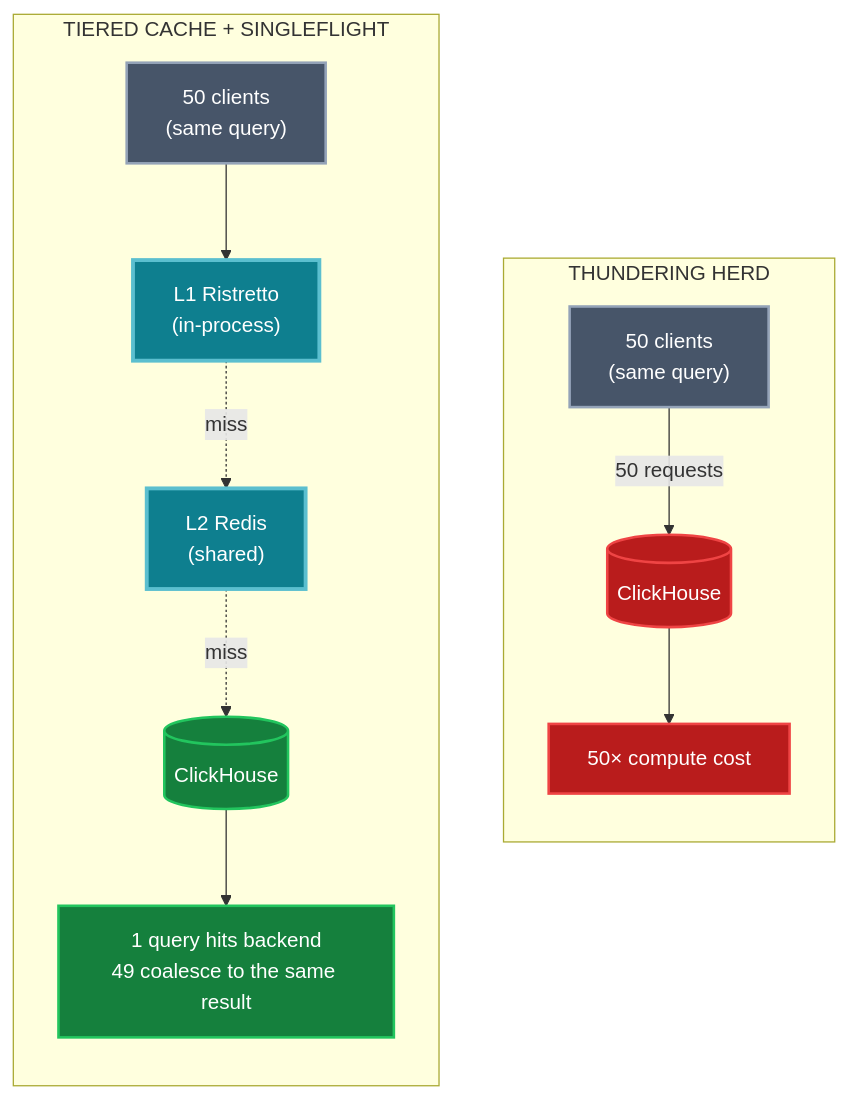
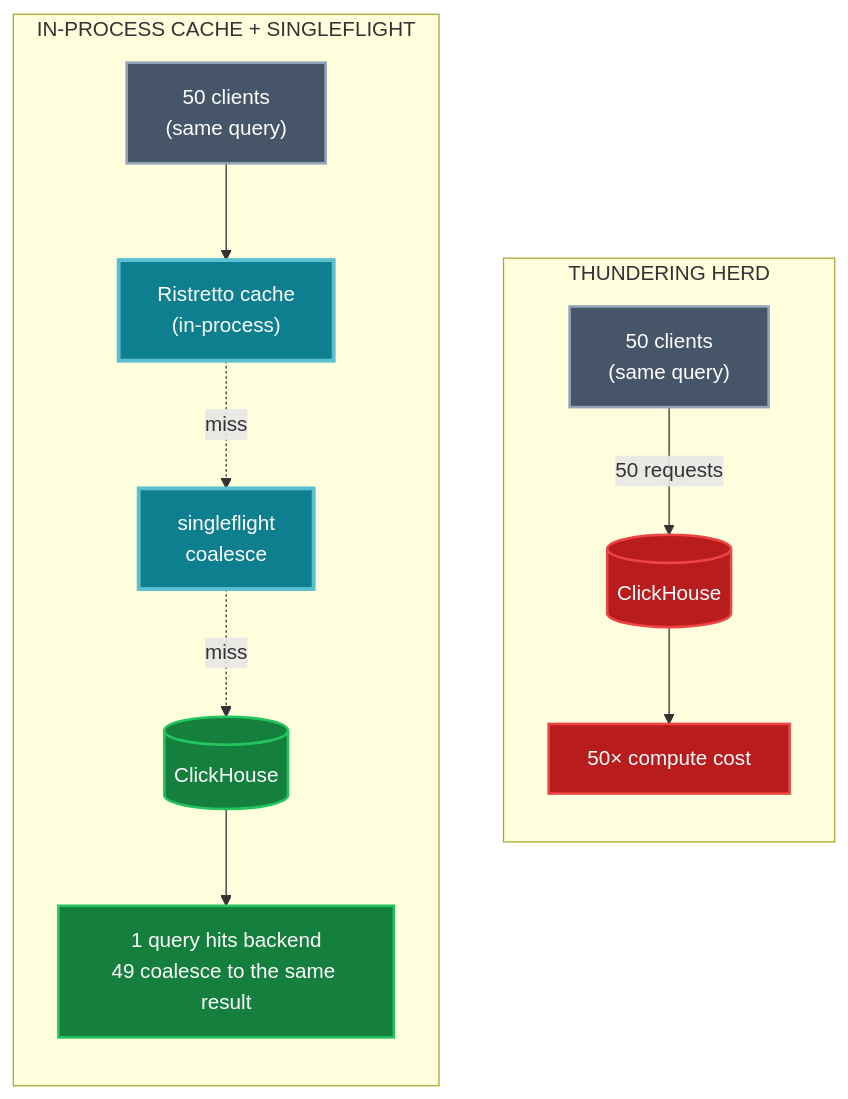
The third of 6 diagrams in docs/why-wavehouse.md (Wave-RF/WaveHouse), drawn with Mermaid before and after one commit. The commit also changed other lines of this file and 8 other files, not shown here.

````diff
--- a/docs/why-wavehouse.md
+++ b/docs/why-wavehouse.md
@@ -95,23 +95,23 @@
 ```mermaid
 flowchart TB
     classDef pain fill:#b91c1c,stroke:#ef4444,color:#fff,stroke-width:2px
     classDef win fill:#15803d,stroke:#22c55e,color:#fff,stroke-width:2px
     classDef wh fill:#0e7f8f,stroke:#5bbfcf,color:#fff,stroke-width:3px
     classDef neutral fill:#475569,stroke:#94a3b8,color:#fff,stroke-width:2px
 
     subgraph herd["THUNDERING HERD"]
         direction TB
         C1["50 clients<br/>(same query)"]:::neutral
         C1 -->|"50 requests"| CH1[("ClickHouse")]:::pain
         CH1 --> COST["50× compute cost"]:::pain
     end
 
-    subgraph coalesce["TIERED CACHE + SINGLEFLIGHT"]
+    subgraph coalesce["IN-PROCESS CACHE + SINGLEFLIGHT"]
         direction TB
         C2["50 clients<br/>(same query)"]:::neutral
-        C2 --> L1["L1 Ristretto<br/>(in-process)"]:::wh
-        L1 -. miss .-> L2["L2 Redis<br/>(shared)"]:::wh
-        L2 -. miss .-> CH2[("ClickHouse")]:::win
+        C2 --> L1["Ristretto cache<br/>(in-process)"]:::wh
+        L1 -. miss .-> SF["singleflight<br/>coalesce"]:::wh
+        SF -. miss .-> CH2[("ClickHouse")]:::win
         CH2 --> RESULT["1 query hits backend<br/>49 coalesce to the same result"]:::win
     end
 ```
````
